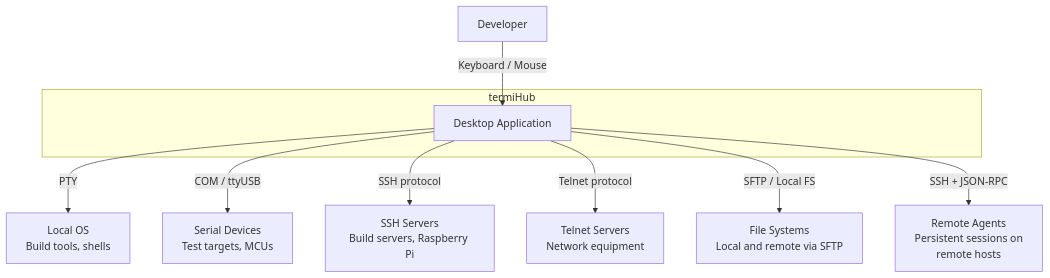
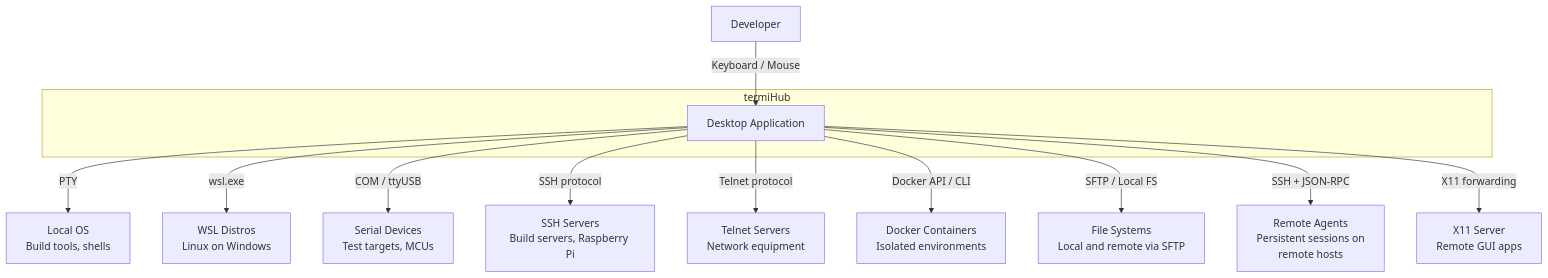
One commit to armaxri/termiHub changed the first of 23 diagrams in docs/architecture.md. Above: the diagram before and after it, drawn with Mermaid. The commit also changed other lines of this file and 1 other file, not shown here.

First line of the commit message:
docs: update architecture.md and README.md for recent major changes

````diff
--- a/docs/architecture.md
+++ b/docs/architecture.md
@@ -98,23 +103,29 @@
 ```mermaid
 graph TB
     DEV[Developer]
 
     subgraph "termiHub"
         APP[Desktop Application]
     end
 
     LOCAL[Local OS<br/>Build tools, shells]
+    WSL_ENV[WSL Distros<br/>Linux on Windows]
     SERIAL[Serial Devices<br/>Test targets, MCUs]
     SSH_HOST[SSH Servers<br/>Build servers, Raspberry Pi]
     TELNET_HOST[Telnet Servers<br/>Network equipment]
+    DOCKER[Docker Containers<br/>Isolated environments]
     FS[File Systems<br/>Local and remote via SFTP]
     AGENT[Remote Agents<br/>Persistent sessions on<br/>remote hosts]
+    X11[X11 Server<br/>Remote GUI apps]
 
     DEV -->|Keyboard / Mouse| APP
     APP -->|PTY| LOCAL
+    APP -->|wsl.exe| WSL_ENV
     APP -->|COM / ttyUSB| SERIAL
     APP -->|SSH protocol| SSH_HOST
     APP -->|Telnet protocol| TELNET_HOST
+    APP -->|Docker API / CLI| DOCKER
     APP -->|SFTP / Local FS| FS
     APP -->|SSH + JSON-RPC| AGENT
+    APP -->|X11 forwarding| X11
 ```
````
